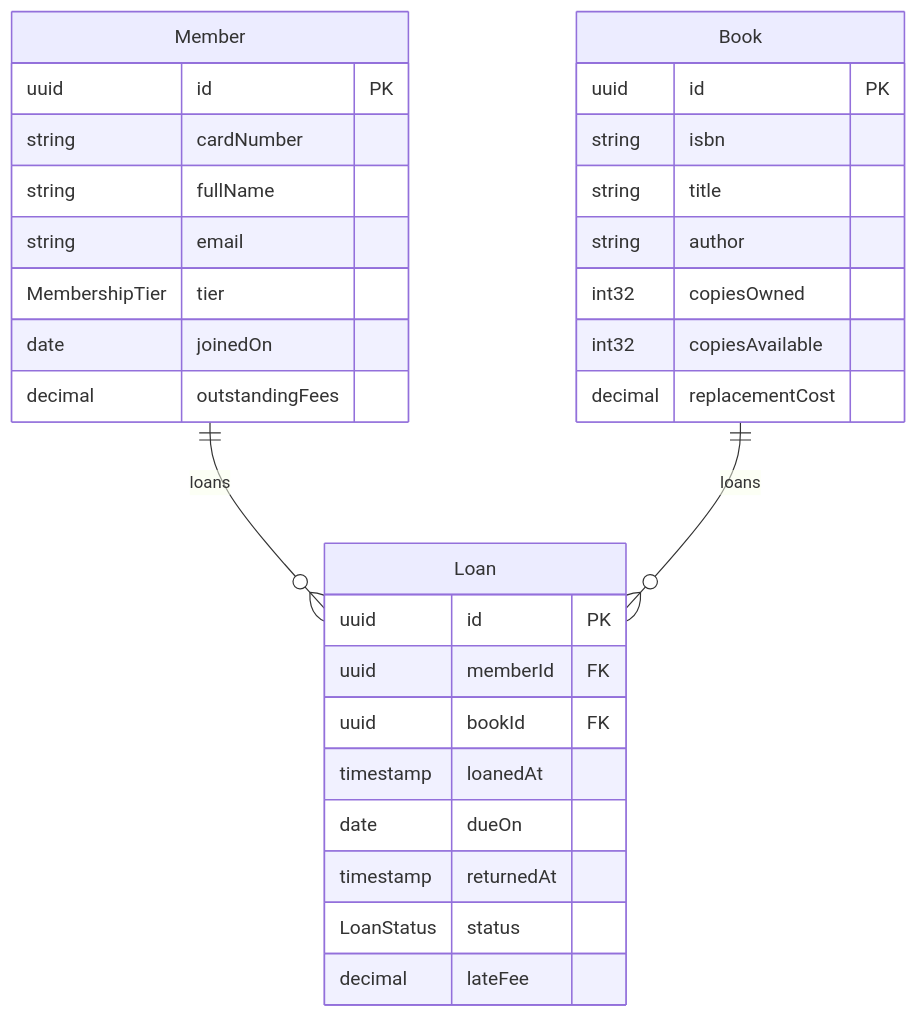
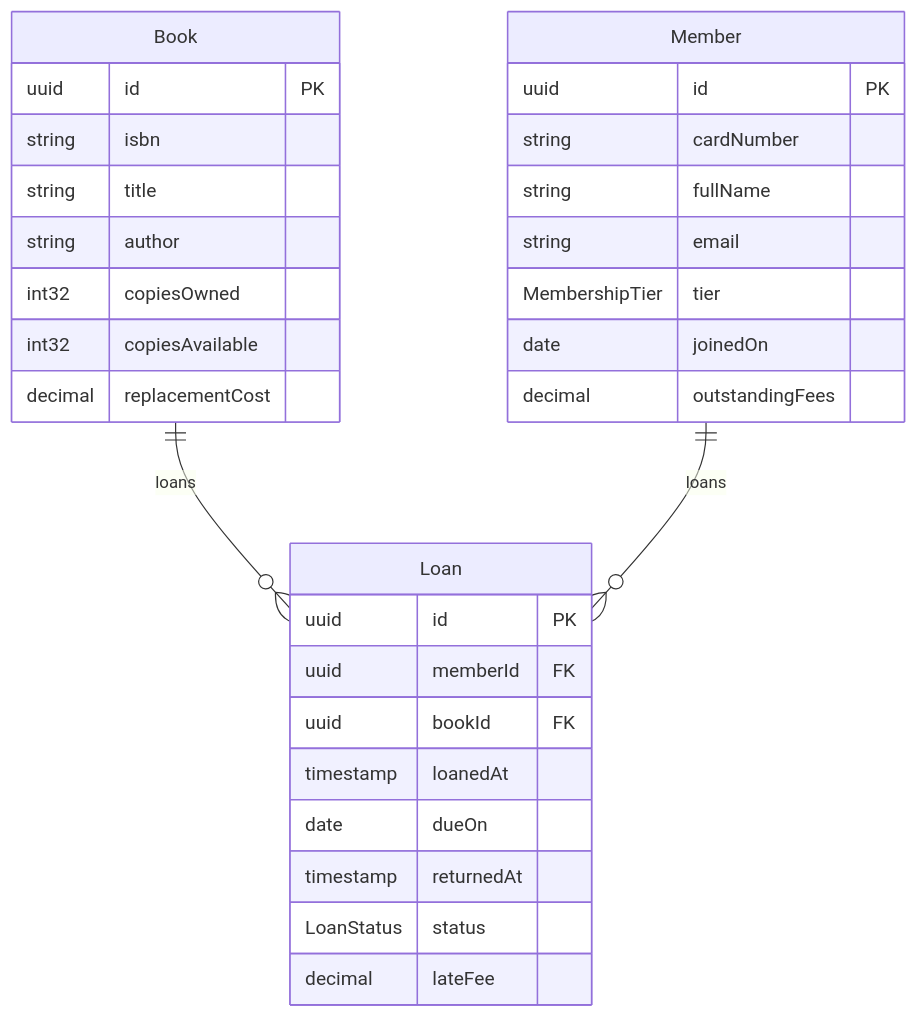
Before and after one commit to SpecArch/specarch: the second of 4 diagrams in examples/library-lending/spec/specarch.md, drawn with Mermaid. The commit also changed other lines of this file and 98 other files, not shown here.

````diff
--- a/examples/library-lending/spec/specarch.md
+++ b/examples/library-lending/spec/specarch.md
@@ -47,33 +47,33 @@
 ```mermaid
 erDiagram
+  Book ||--o{ Loan : loans
   Member ||--o{ Loan : loans
-  Book ||--o{ Loan : loans
-  Member {
-    uuid id PK
-    string cardNumber
-    string fullName
-    string email
-    MembershipTier tier
-    date joinedOn
-    decimal outstandingFees
-  }
   Book {
     uuid id PK
     string isbn
     string title
     string author
     int32 copiesOwned
     int32 copiesAvailable
     decimal replacementCost
   }
   Loan {
     uuid id PK
     uuid memberId FK
     uuid bookId FK
     timestamp loanedAt
     date dueOn
     timestamp returnedAt
     LoanStatus status
     decimal lateFee
   }
+  Member {
+    uuid id PK
+    string cardNumber
+    string fullName
+    string email
+    MembershipTier tier
+    date joinedOn
+    decimal outstandingFees
+  }
 ```
````
